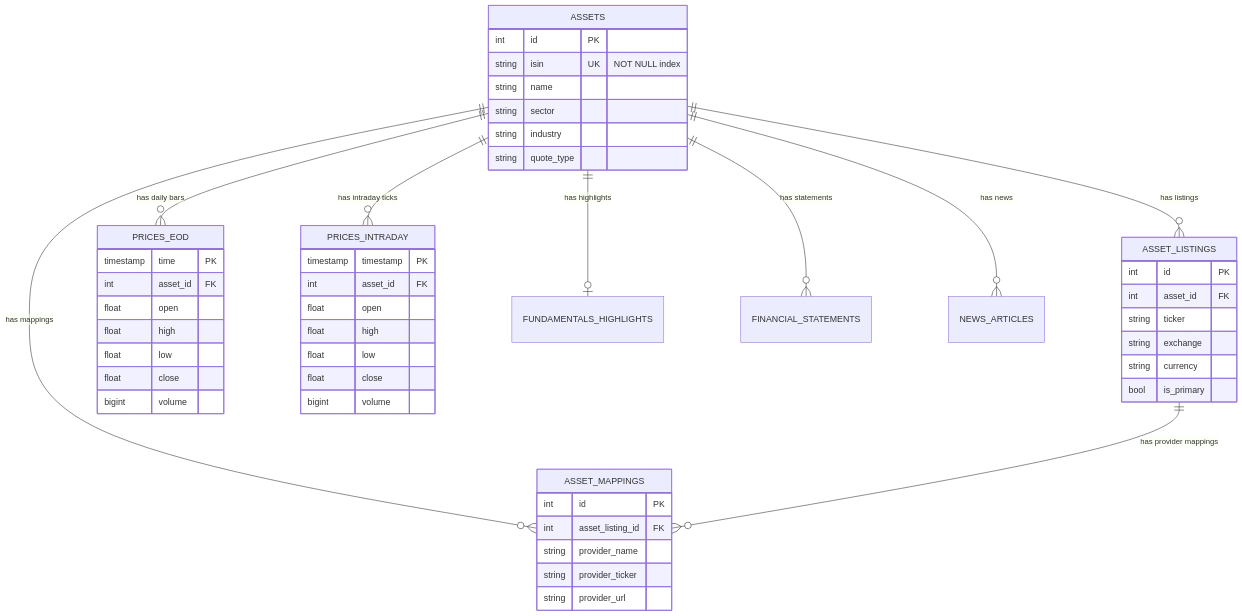
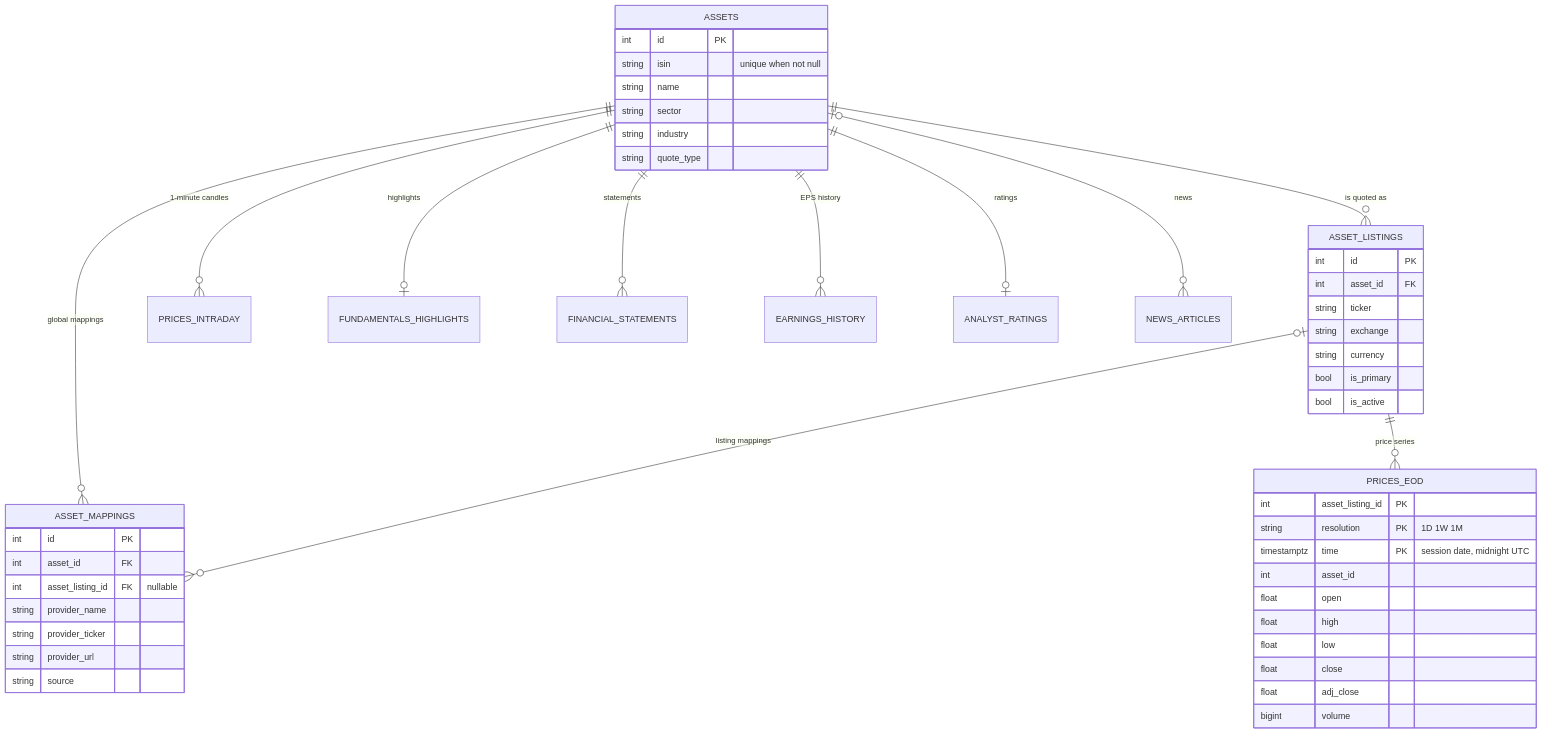
One commit to fonrex/docs changed the diagram in docs/architecture/data-model.md. Above: the diagram before and after it, drawn with Mermaid. The commit also changed other lines of this file and 147 other files, not shown here.

````diff
--- a/docs/architecture/data-model.md
+++ b/docs/architecture/data-model.md
@@ -14,57 +18,52 @@
 ```mermaid
 erDiagram
-    ASSETS ||--o{ ASSET_LISTINGS : "has listings"
-    ASSETS ||--o{ ASSET_MAPPINGS : "has mappings"
-    ASSET_LISTINGS ||--o{ ASSET_MAPPINGS : "has provider mappings"
-    ASSETS ||--o{ PRICES_EOD : "has daily bars"
-    ASSETS ||--o{ PRICES_INTRADAY : "has intraday ticks"
-    ASSETS ||--o| FUNDAMENTALS_HIGHLIGHTS : "has highlights"
-    ASSETS ||--o{ FINANCIAL_STATEMENTS : "has statements"
-    ASSETS ||--o{ NEWS_ARTICLES : "has news"
+    ASSETS ||--o{ ASSET_LISTINGS : "is quoted as"
+    ASSETS ||--o{ ASSET_MAPPINGS : "global mappings"
+    ASSET_LISTINGS |o--o{ ASSET_MAPPINGS : "listing mappings"
+    ASSET_LISTINGS ||--o{ PRICES_EOD : "price series"
+    ASSETS ||--o{ PRICES_INTRADAY : "1-minute candles"
+    ASSETS ||--o| FUNDAMENTALS_HIGHLIGHTS : "highlights"
+    ASSETS ||--o{ FINANCIAL_STATEMENTS : "statements"
+    ASSETS ||--o{ EARNINGS_HISTORY : "EPS history"
+    ASSETS ||--o| ANALYST_RATINGS : "ratings"
+    ASSETS |o--o{ NEWS_ARTICLES : "news"
 
     ASSETS {
         int id PK
-        string isin UK "NOT NULL index"
+        string isin "unique when not null"
         string name
         string sector
         string industry
         string quote_type
     }
-
     ASSET_LISTINGS {
         int id PK
         int asset_id FK
         string ticker
         string exchange
         string currency
         bool is_primary
+        bool is_active
     }
-
     ASSET_MAPPINGS {
         int id PK
-        int asset_listing_id FK
+        int asset_id FK
+        int asset_listing_id FK "nullable"
         string provider_name
         string provider_ticker
         string provider_url
+        string source
     }
-
     PRICES_EOD {
-        timestamp time PK
-        int asset_id FK
+        int asset_listing_id PK
+        string resolution PK "1D 1W 1M"
+        timestamptz time PK "session date, midnight UTC"
+        int asset_id
         float open
         float high
         float low
         float close
-        bigint volume
-    }
-
-    PRICES_INTRADAY {
-        timestamp timestamp PK
-        int asset_id FK
-        float open
-        float high
-        float low
-        float close
+        float adj_close
         bigint volume
     }
 ```
````
